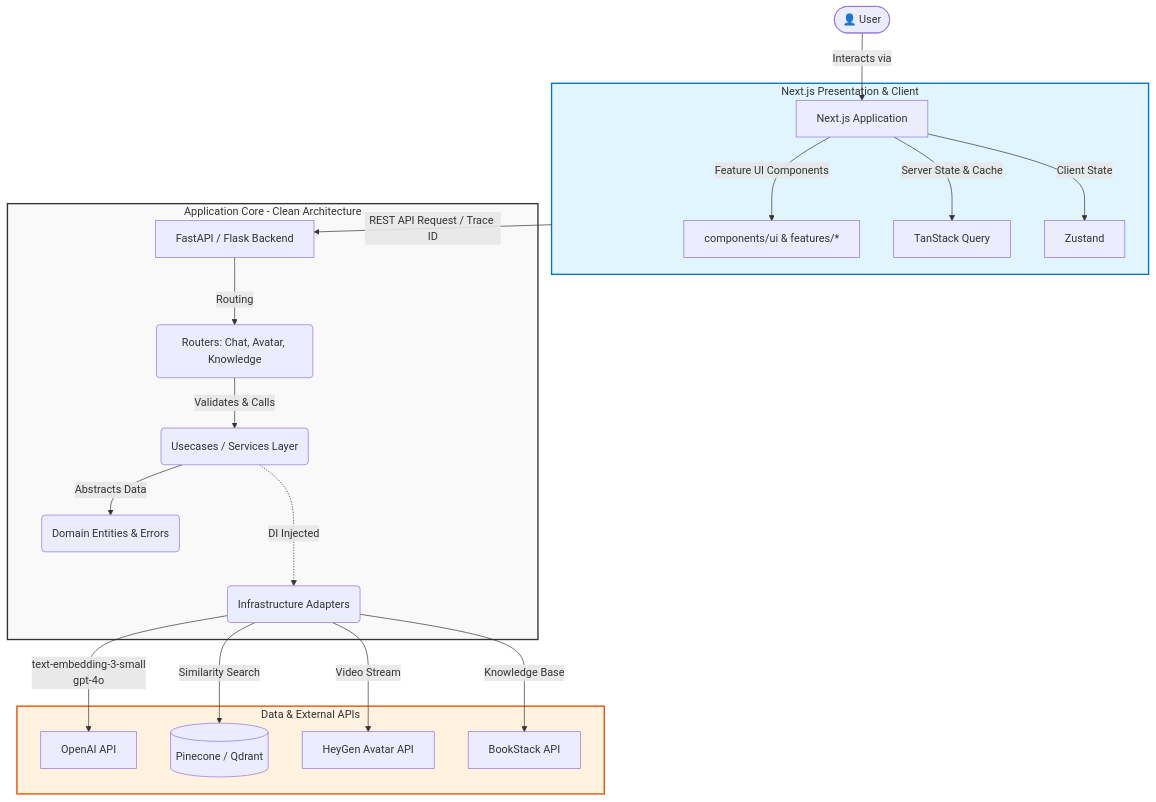
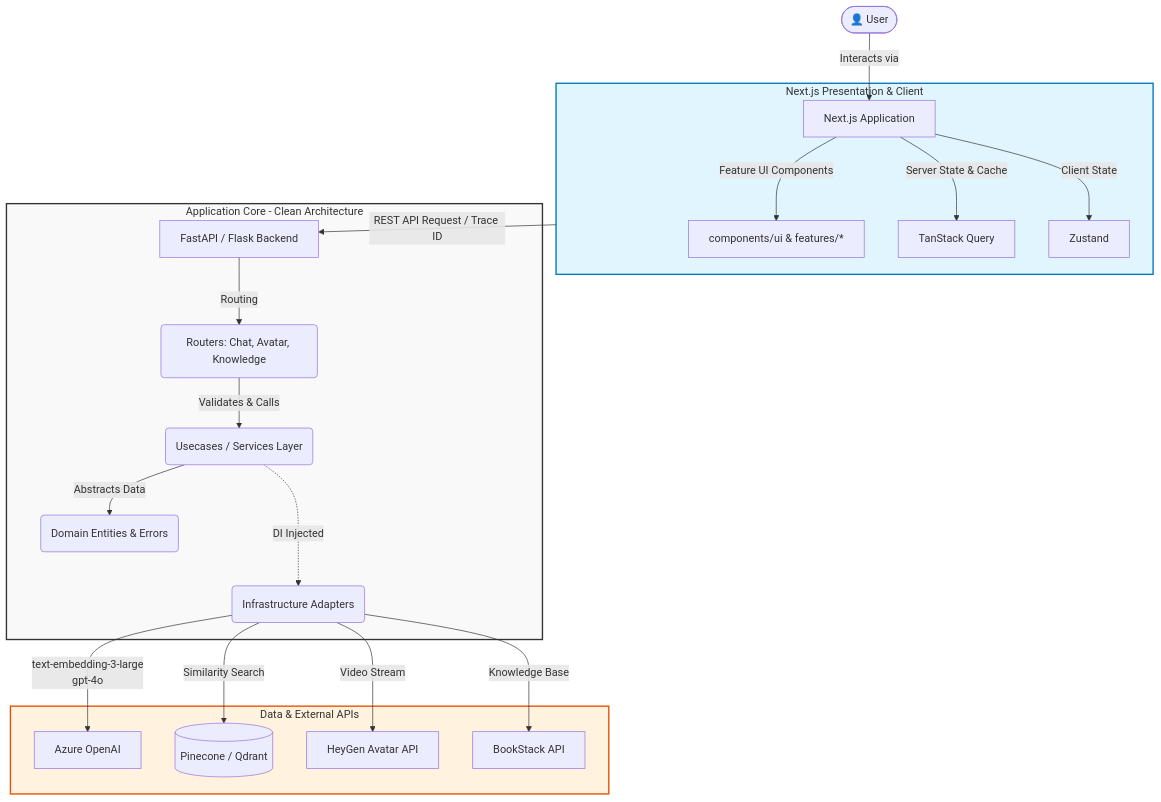
The diagram in docs/designs/hld_diagram.mmd (AbhayKauts21/Vanguard), drawn with Mermaid before and after one commit. The commit also changed 43 other files, not shown here.

```diff
--- a/docs/designs/hld_diagram.mmd
+++ b/docs/designs/hld_diagram.mmd
@@ -1,33 +1,33 @@
 graph TD
     classDef frontend fill:#e1f5fe,stroke:#0277bd,stroke-width:2px;
     classDef backend fill:#f9f9f9,stroke:#333,stroke-width:2px;
     classDef infra fill:#fff3e0,stroke:#e65100,stroke-width:2px;
 
     User([👤 User]) -->|Interacts via| Next[Next.js Application]
     
     subgraph Frontend [Next.js Presentation & Client]
         Next -->|Feature UI Components| C[components/ui & features/*]
         Next -->|Server State & Cache| T[TanStack Query]
         Next -->|Client State| Z[Zustand]
     end
 
     Frontend -->|REST API Request / Trace ID| APIGateway[FastAPI / Flask Backend]
 
     subgraph Backend [Application Core - Clean Architecture]
         APIGateway -->|Routing| R(Routers: Chat, Avatar, Knowledge)
         R -->|Validates & Calls| Services(Usecases / Services Layer)
         Services -->|Abstracts Data| Domain(Domain Entities & Errors)
         
         Services ..->|DI Injected| Adapters(Infrastructure Adapters)
     end
     
     subgraph Infrastructure [Data & External APIs]
-        Adapters -->|text-embedding-3-small \n gpt-4o| OpenAI[OpenAI API]
+        Adapters -->|text-embedding-3-large \n gpt-4o| AzureOpenAI[Azure OpenAI]
         Adapters -->|Similarity Search| VectorDB[(Pinecone / Qdrant)]
         Adapters -->|Video Stream| HeyGen[HeyGen Avatar API]
         Adapters -->|Knowledge Base| BookStack[BookStack API]
     end
 
     class Frontend frontend
     class Backend backend
     class Infrastructure infra
```
